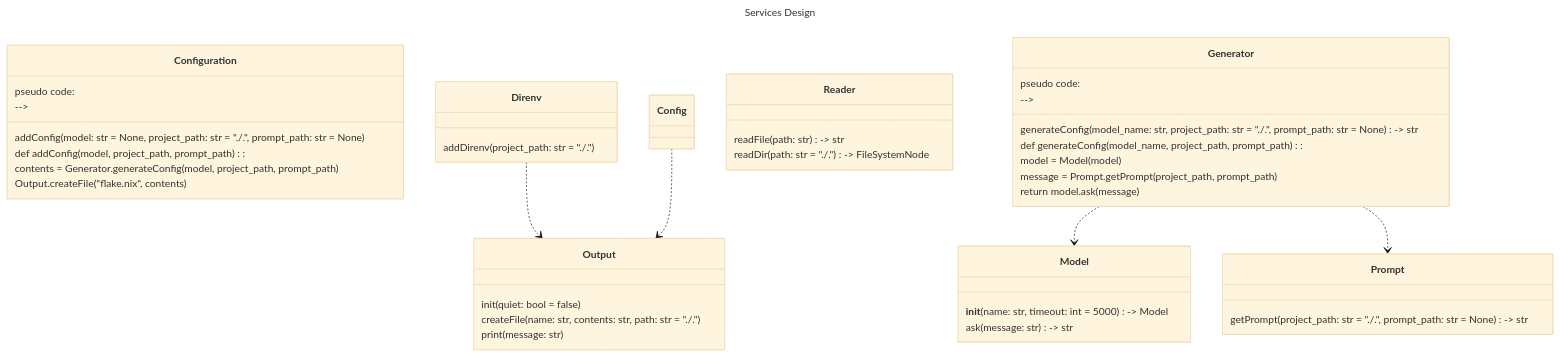
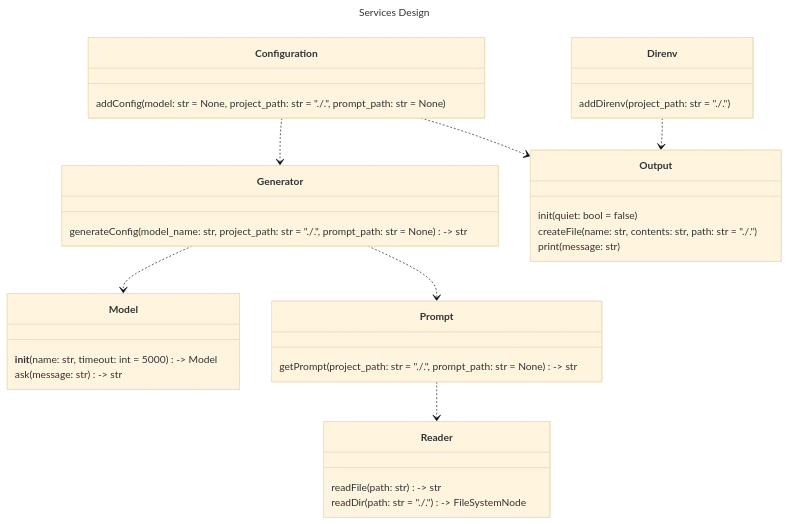
Before and after one commit to Oldranda1414/AutoDev: the fourth of 6 diagrams in docs/detailed-design.md, drawn with Mermaid (base theme). The commit also changed other lines of this file, not shown here.

Commit message:
docs: minor detaild design mermaid fixes

````diff
--- a/docs/detailed-design.md
+++ b/docs/detailed-design.md
@@ -81,56 +82,54 @@
 ```mermaid
 ---
 title: Services Design
 ---
 classDiagram
 
     class Configuration {
         addConfig(model: str = None, project_path: str = "./.", prompt_path: str = None) 
-<!-- 
-pseudo code: 
-    def addConfig(model, project_path, prompt_path):
-        contents = Generator.generateConfig(model, project_path, prompt_path)
-        Output.createFile("flake.nix", contents)
--->
+%% pseudo code: 
+%%     def addConfig(model, project_path, prompt_path):
+%%         contents = Generator.generateConfig(model, project_path, prompt_path)
+%%         Output.createFile("flake.nix", contents)
     }
 
     class Direnv {
         addDirenv(project_path: str = "./.")
     }
 
     class Generator {
         generateConfig(model_name: str, project_path: str = "./.", prompt_path: str = None) -> str
-<!-- 
-pseudo code: 
-    def generateConfig(model_name, project_path, prompt_path):
-        model = Model(model)
-        message = Prompt.getPrompt(project_path, prompt_path)
-        return model.ask(message)
--->
+%% pseudo code: 
+%%     def generateConfig(model_name, project_path, prompt_path):
+%%         model = Model(model)
+%%         message = Prompt.getPrompt(project_path, prompt_path)
+%%         return model.ask(message)
     }
 
     class Model {
         __init__(name: str, timeout: int = 5000) -> Model
         ask(message: str) -> str
     }
 
     class Prompt {
         getPrompt(project_path: str = "./.", prompt_path: str = None) -> str
     }
 
     class Output {
         init(quiet: bool = false)
         createFile(name: str, contents: str, path: str = "./.")
         print(message: str)
     }
 
     class Reader {
         readFile(path: str) -> str
         readDir(path: str = "./.") -> FileSystemNode
     }
 
     Direnv ..> Output
-    Config ..> Output
+    Configuration ..> Output
+    Configuration ..> Generator
     Generator ..> Model
     Generator ..> Prompt
+    Prompt ..> Reader
 ```
````
